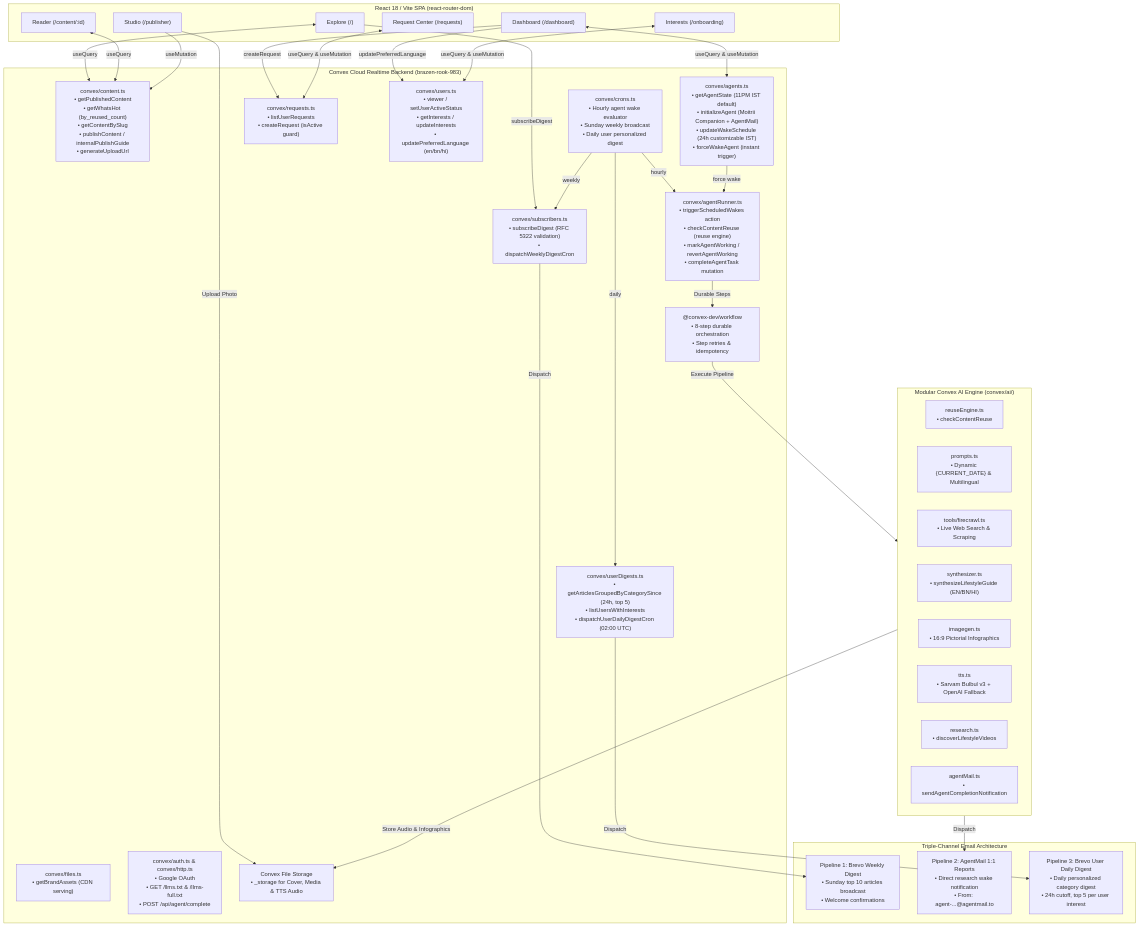
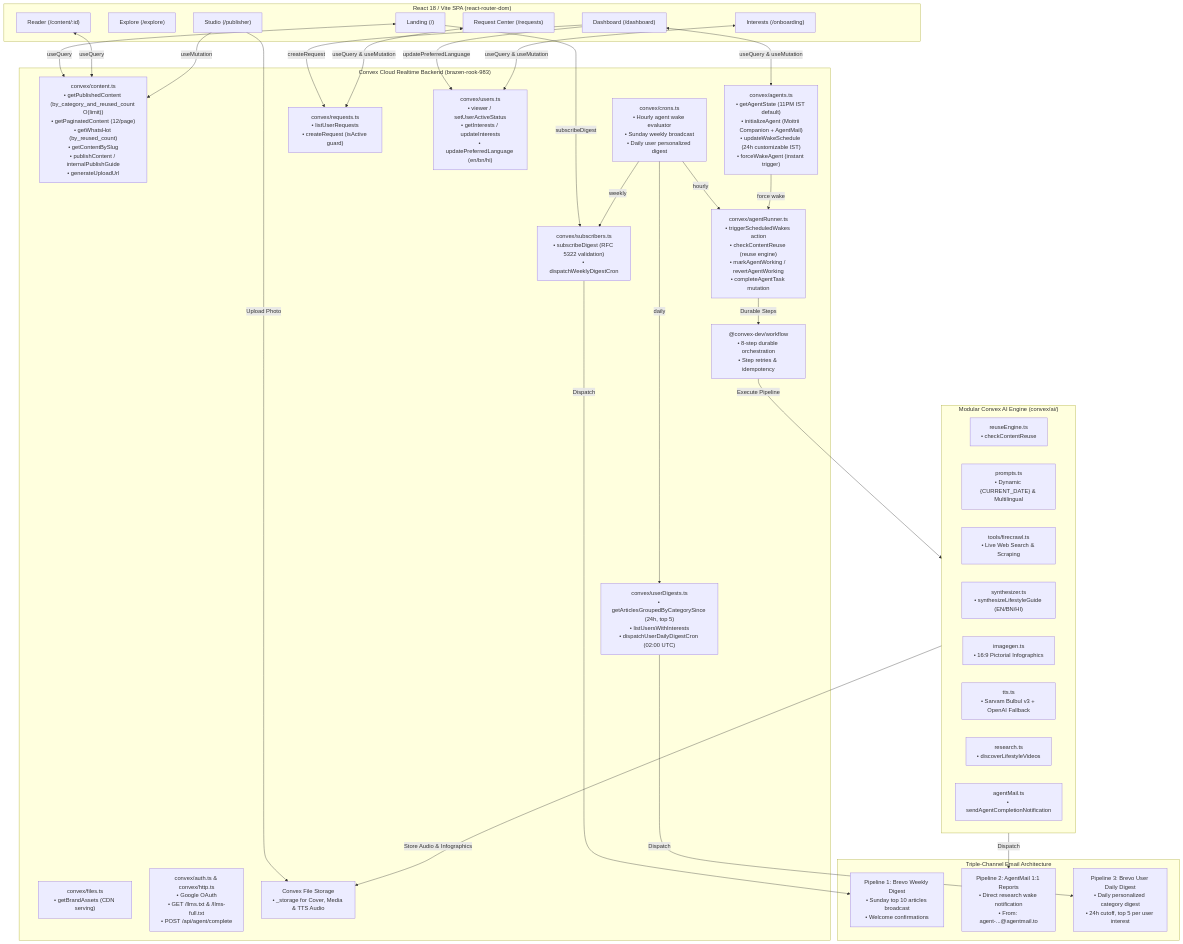
Before and after one commit to AmritSDutta/moitrii_frontend: the diagram in README.md, drawn with Mermaid. The commit also changed other lines of this file and 13 other files, not shown here.

Commit message:
explore page revamped

````diff
--- a/README.md
+++ b/README.md
@@ -87,65 +94,66 @@
 ```mermaid
 flowchart TD
     subgraph Frontend ["React 18 / Vite SPA (react-router-dom)"]
-      P_Home["Explore (/)"]
+      P_Home["Landing (/)"]
+      P_Explore["Explore (/explore)"]
       P_Dash["Dashboard (/dashboard)"]
       P_Req["Request Center (/requests)"]
       P_Reader["Reader (/content/:id)"]
       P_Pub["Studio (/publisher)"]
       P_Onb["Interests (/onboarding)"]
     end
 
     subgraph ConvexBackend ["Convex Cloud Realtime Backend (brazen-rook-983)"]
-      F_Content["convex/content.ts<br/>• getPublishedContent<br/>• getWhatsHot (by_reused_count)<br/>• getContentBySlug<br/>• publishContent / internalPublishGuide<br/>• generateUploadUrl"]
+      F_Content["convex/content.ts<br/>• getPublishedContent (by_category_and_reused_count O(limit))<br/>• getPaginatedContent (12/page)<br/>• getWhatsHot (by_reused_count)<br/>• getContentBySlug<br/>• publishContent / internalPublishGuide<br/>• generateUploadUrl"]
       F_Agents["convex/agents.ts<br/>• getAgentState (11PM IST default)<br/>• initializeAgent (Moitrii Companion + AgentMail)<br/>• updateWakeSchedule (24h customizable IST)<br/>• forceWakeAgent (instant trigger)"]
       F_Requests["convex/requests.ts<br/>• listUserRequests<br/>• createRequest (isActive guard)"]
       F_Users["convex/users.ts<br/>• viewer / setUserActiveStatus<br/>• getInterests / updateInterests<br/>• updatePreferredLanguage (en/bn/hi)"]
       F_Subscribers["convex/subscribers.ts<br/>• subscribeDigest (RFC 5322 validation)<br/>• dispatchWeeklyDigestCron"]
       F_UserDigests["convex/userDigests.ts<br/>• getArticlesGroupedByCategorySince (24h, top 5)<br/>• listUsersWithInterests<br/>• dispatchUserDailyDigestCron (02:00 UTC)"]
       F_Crons["convex/crons.ts<br/>• Hourly agent wake evaluator<br/>• Sunday weekly broadcast<br/>• Daily user personalized digest"]
       F_Workflow["@convex-dev/workflow<br/>• 8-step durable orchestration<br/>• Step retries & idempotency"]
       F_Runner["convex/agentRunner.ts<br/>• triggerScheduledWakes action<br/>• checkContentReuse (reuse engine)<br/>• markAgentWorking / revertAgentWorking<br/>• completeAgentTask mutation"]
       F_Files["convex/files.ts<br/>• getBrandAssets (CDN serving)"]
       F_Auth["convex/auth.ts & convex/http.ts<br/>• Google OAuth<br/>• GET /llms.txt & /llms-full.txt<br/>• POST /api/agent/complete"]
       F_Storage["Convex File Storage<br/>• _storage for Cover, Media & TTS Audio"]
     end
 
     subgraph ModularAIEngine ["Modular Convex AI Engine (convex/ai/)"]
       AI_Reuse["reuseEngine.ts<br/>• checkContentReuse"]
       AI_Prompts["prompts.ts<br/>• Dynamic {CURRENT_DATE} & Multilingual"]
       AI_Tools["tools/firecrawl.ts<br/>• Live Web Search & Scraping"]
       AI_Synth["synthesizer.ts<br/>• synthesizeLifestyleGuide (EN/BN/HI)"]
       AI_Image["imagegen.ts<br/>• 16:9 Pictorial Infographics"]
       AI_TTS["tts.ts<br/>• Sarvam Bulbul v3 + OpenAI Fallback"]
       AI_Res["research.ts<br/>• discoverLifestyleVideos"]
       AI_Mail["agentMail.ts<br/>• sendAgentCompletionNotification"]
     end
 
     subgraph TripleMessaging ["Triple-Channel Email Architecture"]
       M_Brevo1["Pipeline 1: Brevo Weekly Digest<br/>• Sunday top 10 articles broadcast<br/>• Welcome confirmations"]
       M_AgentMail["Pipeline 2: AgentMail 1:1 Reports<br/>• Direct research wake notification<br/>• From: agent-...@agentmail.to"]
       M_Brevo2["Pipeline 3: Brevo User Daily Digest<br/>• Daily personalized category digest<br/>• 24h cutoff, top 5 per user interest"]
     end
 
     P_Home <-->|useQuery| F_Content
     P_Home -->|subscribeDigest| F_Subscribers
     P_Reader <-->|useQuery| F_Content
     P_Pub -->|useMutation| F_Content
     P_Pub -->|Upload Photo| F_Storage
     P_Dash <-->|useQuery & useMutation| F_Agents
     P_Dash -->|updatePreferredLanguage| F_Users
     P_Dash -->|createRequest| F_Requests
     P_Req <-->|useQuery & useMutation| F_Requests
     P_Onb <-->|useQuery & useMutation| F_Users
 
     F_Subscribers -->|Dispatch| M_Brevo1
     F_UserDigests -->|Dispatch| M_Brevo2
     F_Crons -->|hourly| F_Runner
     F_Crons -->|weekly| F_Subscribers
     F_Crons -->|daily| F_UserDigests
     F_Agents -->|force wake| F_Runner
     F_Runner -->|Durable Steps| F_Workflow
     F_Workflow -->|Execute Pipeline| ModularAIEngine
     ModularAIEngine -->|Dispatch| M_AgentMail
     ModularAIEngine -->|Store Audio & Infographics| F_Storage
 ```
````
